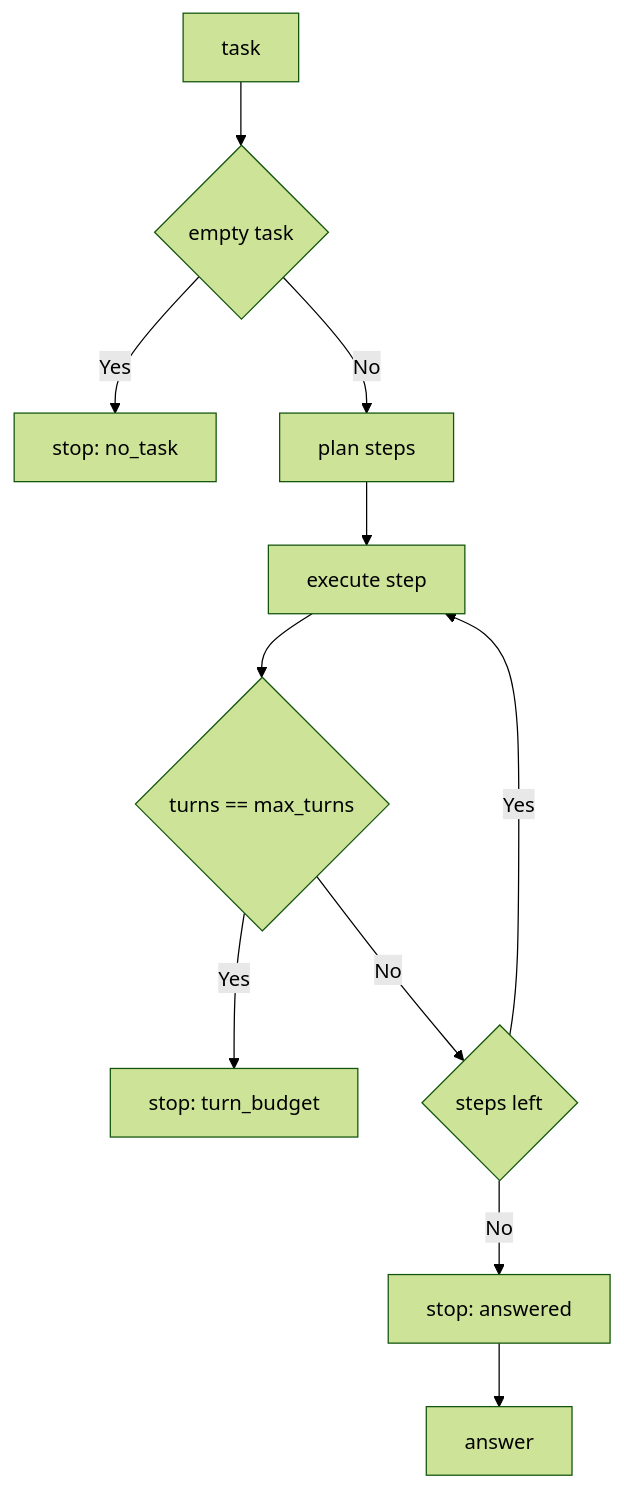
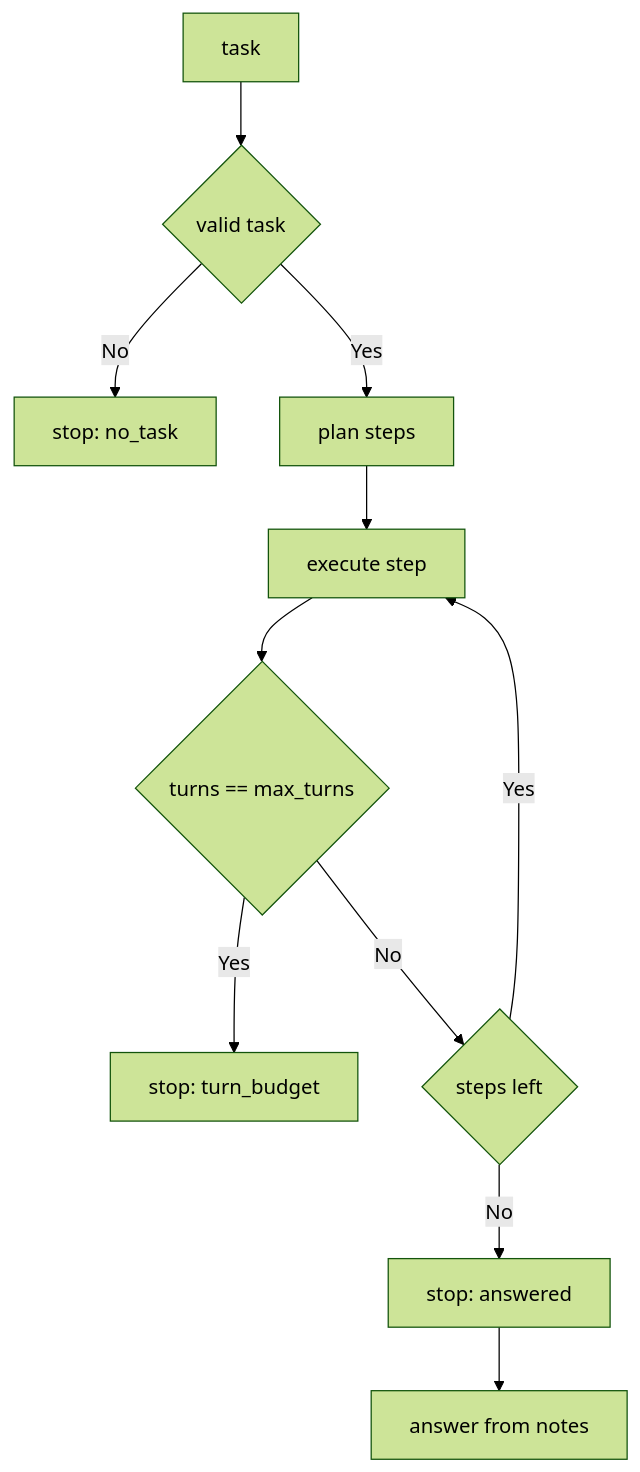
Before and after one commit to tcp-ecosystem/MAM: the diagram in modules/templates/agent/agent-basic.mam.md, drawn with Mermaid (forest theme). The commit also changed other lines of this file and 7 other files, not shown here.

````diff
--- a/modules/templates/agent/agent-basic.mam.md
+++ b/modules/templates/agent/agent-basic.mam.md
@@ -135,13 +262,13 @@
 ```mermaid
 flowchart TD
-    A[task] --> B{empty task}
-    B -->|Yes| C[stop: no_task]
-    B -->|No| D[plan steps]
+    A[task] --> B{valid task}
+    B -->|No| C[stop: no_task]
+    B -->|Yes| D[plan steps]
     D --> E[execute step]
     E --> F{turns == max_turns}
     F -->|Yes| G[stop: turn_budget]
     F -->|No| H{steps left}
     H -->|Yes| E
     H -->|No| I[stop: answered]
-    I --> J[answer]
+    I --> J[answer from notes]
 ```
````
